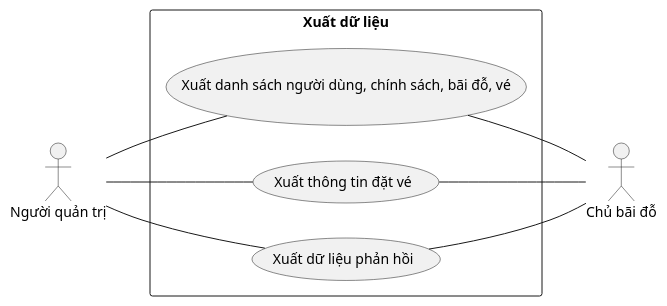
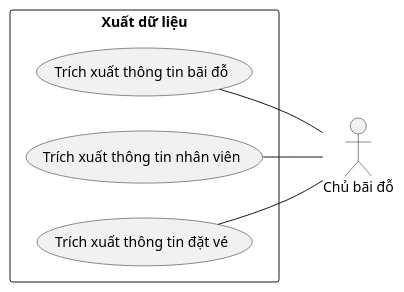
One commit to hieutbui/graduation-diagram changed the diagram in usecase/export_data.wsd. Above: the diagram before and after it, drawn with PlantUML. The commit also changed 10 other files, not shown here.

```diff
--- a/usecase/export_data.wsd
+++ b/usecase/export_data.wsd
@@ -1,20 +1,15 @@
 @startuml export_data
 
 left to right direction
 skinparam packageStyle rect
 
-actor "Người quản trị" as Admin
 actor "Chủ bãi đỗ" as ParkingOwner
 
 rectangle "Xuất dữ liệu" as ExportData {
-  'Admin'
-    Admin -- (Xuất danh sách người dùng, chính sách, bãi đỗ, vé)
-    Admin -- (Xuất thông tin đặt vé)
-    Admin -- (Xuất dữ liệu phản hồi)
   'ParkingOwner'
-    (Xuất danh sách người dùng, chính sách, bãi đỗ, vé) -- ParkingOwner
-    (Xuất thông tin đặt vé) -- ParkingOwner
-    (Xuất dữ liệu phản hồi) -- ParkingOwner
+    (Trích xuất thông tin bãi đỗ) -- ParkingOwner
+    (Trích xuất thông tin nhân viên) -- ParkingOwner
+    (Trích xuất thông tin đặt vé) -- ParkingOwner
 }
 
 @enduml
```
